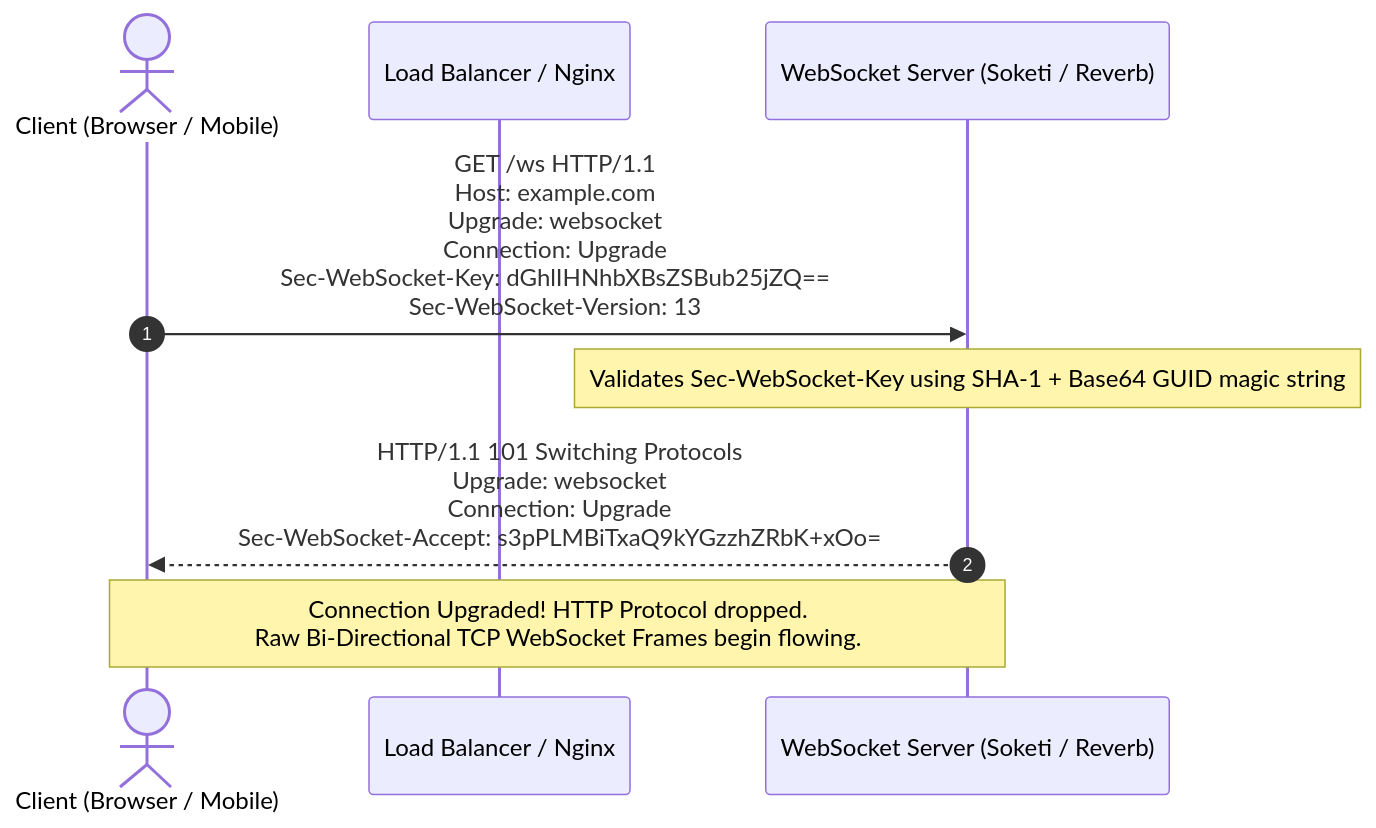
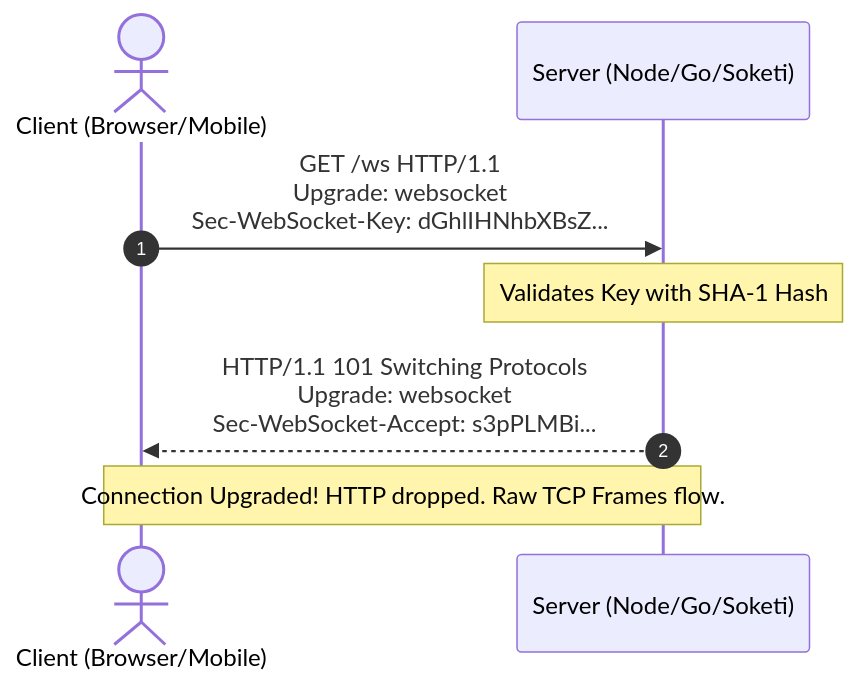
The first of 2 diagrams in system-design/01_websockets_scaling_pubsub.md (fazleyrabby/backend-engineering-mastery), drawn with Mermaid before and after one commit. The commit also changed other lines of this file and 15 other files, not shown here.

````diff
--- a/system-design/01_websockets_scaling_pubsub.md
+++ b/system-design/01_websockets_scaling_pubsub.md
@@ -16,15 +16,13 @@
 ```mermaid
 sequenceDiagram
     autonumber
-    actor Client as Client (Browser / Mobile)
-    participant Edge as Load Balancer / Nginx
-    participant Server as WebSocket Server (Soketi / Reverb)
+    actor Client as Client (Browser/Mobile)
+    participant Server as Server (Node/Go/Soketi)
 
-    Client->>Server: GET /ws HTTP/1.1<br>Host: example.com<br>Upgrade: websocket<br>Connection: Upgrade<br>Sec-WebSocket-Key: dGhlIHNhbXBsZSBub25jZQ==<br>Sec-WebSocket-Version: 13
+    Client->>Server: GET /ws HTTP/1.1<br>Upgrade: websocket<br>Sec-WebSocket-Key: dGhlIHNhbXBsZ...
 
-    Note over Server: Validates Sec-WebSocket-Key using SHA-1 + Base64 GUID magic string
+    Note over Server: Validates Key with SHA-1 Hash
+    Server-->>Client: HTTP/1.1 101 Switching Protocols<br>Upgrade: websocket<br>Sec-WebSocket-Accept: s3pPLMBi...
 
-    Server-->>Client: HTTP/1.1 101 Switching Protocols<br>Upgrade: websocket<br>Connection: Upgrade<br>Sec-WebSocket-Accept: s3pPLMBiTxaQ9kYGzzhZRbK+xOo=
-
-    Note over Client, Server: Connection Upgraded! HTTP Protocol dropped.<br>Raw Bi-Directional TCP WebSocket Frames begin flowing.
+    Note over Client, Server: Connection Upgraded! HTTP dropped. Raw TCP Frames flow.
 ```
````
